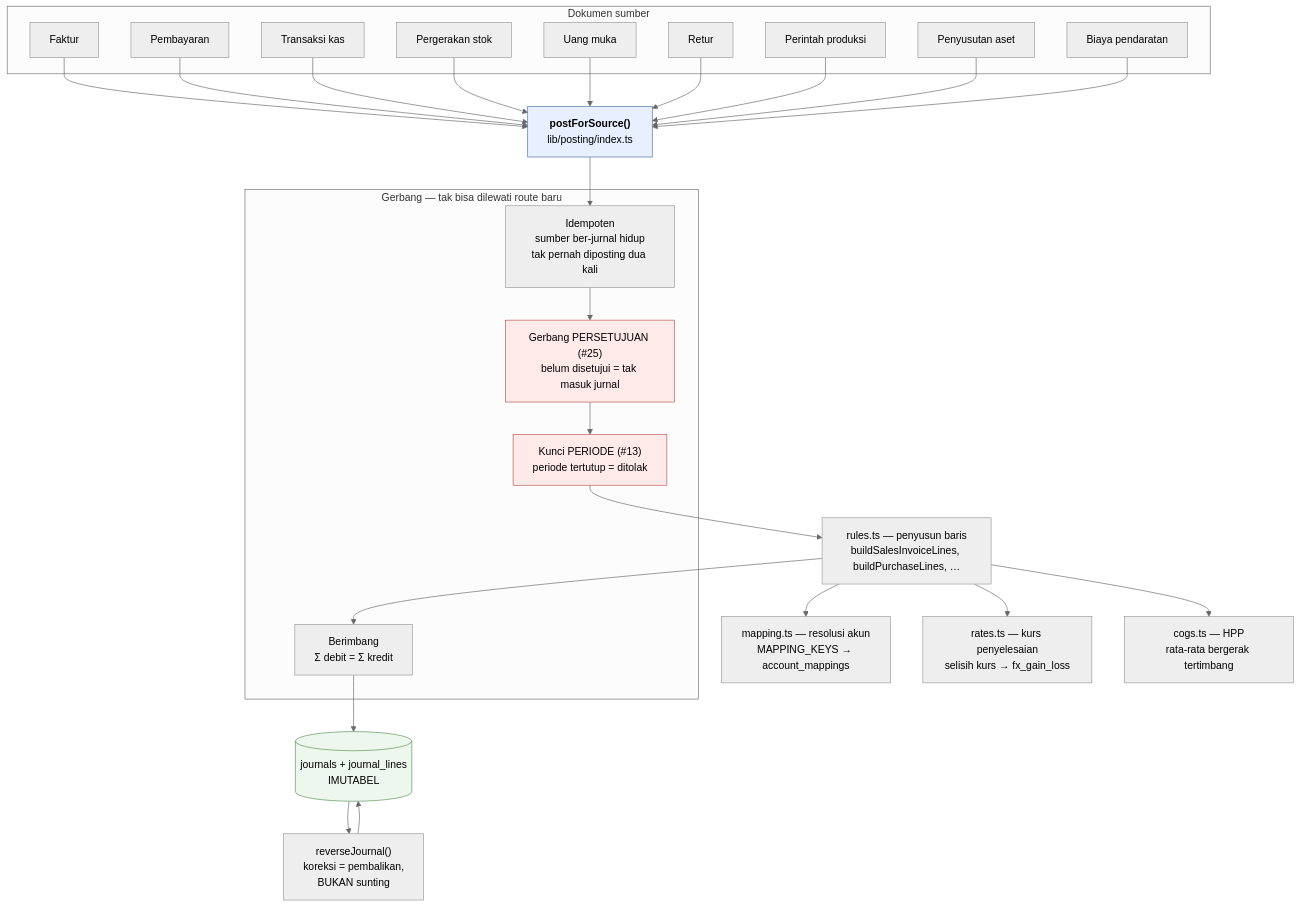
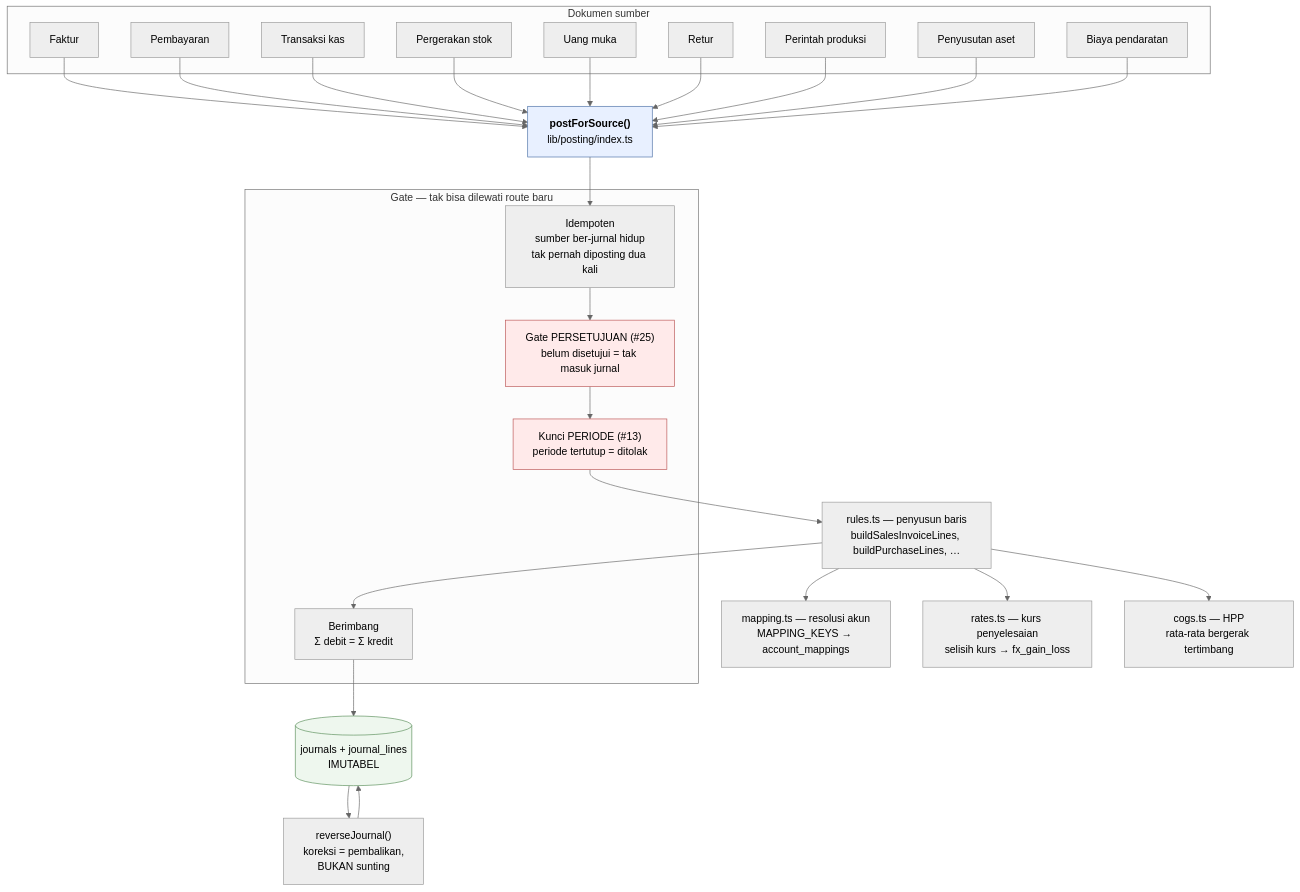
One commit to tri-evendi/sai-accounting changed the fifth of 5 diagrams in docs/arsitektur/02-ARSITEKTUR.md. Above: the diagram before and after it, drawn with Mermaid (neutral theme). The commit also changed other lines of this file and 31 other files, not shown here.

````diff
--- a/docs/arsitektur/02-ARSITEKTUR.md
+++ b/docs/arsitektur/02-ARSITEKTUR.md
@@ -287,36 +287,36 @@
 ```mermaid
 graph TB
     subgraph src["Dokumen sumber"]
         I["Faktur"]; PAY["Pembayaran"]; CASH["Transaksi kas"]
         STK["Pergerakan stok"]; ADV["Uang muka"]; RET["Retur"]
         PO["Perintah produksi"]; FA["Penyusutan aset"]; LC["Biaya pendaratan"]
     end
 
     PFS["<b>postForSource()</b><br/>lib/posting/index.ts"]
 
-    subgraph gates["Gerbang — tak bisa dilewati route baru"]
+    subgraph gates["Gate — tak bisa dilewati route baru"]
         G1["Idempoten<br/>sumber ber-jurnal hidup<br/>tak pernah diposting dua kali"]
-        G2["Gerbang PERSETUJUAN (#25)<br/>belum disetujui = tak masuk jurnal"]
+        G2["Gate PERSETUJUAN (#25)<br/>belum disetujui = tak masuk jurnal"]
         G3["Kunci PERIODE (#13)<br/>periode tertutup = ditolak"]
         G4["Berimbang<br/>Σ debit = Σ kredit"]
     end
 
     RULES["rules.ts — penyusun baris<br/>buildSalesInvoiceLines, buildPurchaseLines, …"]
     MAP["mapping.ts — resolusi akun<br/>MAPPING_KEYS → account_mappings"]
     RATES["rates.ts — kurs penyelesaian<br/>selisih kurs → fx_gain_loss"]
     COGS["cogs.ts — HPP<br/>rata-rata bergerak tertimbang"]
 
     J[("journals + journal_lines<br/>IMUTABEL")]
     REV["reverseJournal()<br/>koreksi = pembalikan,<br/>BUKAN sunting"]
 
     I & PAY & CASH & STK & ADV & RET & PO & FA & LC --> PFS
     PFS --> G1 --> G2 --> G3 --> RULES
     RULES --> MAP & RATES & COGS
     RULES --> G4 --> J
     J --> REV --> J
 
     style PFS fill:#e8f0ff,stroke:#4a6fa5
     style J fill:#eef7ee,stroke:#5a8f5a
     style G2 fill:#ffeaea,stroke:#b55
     style G3 fill:#ffeaea,stroke:#b55
 ```
````
